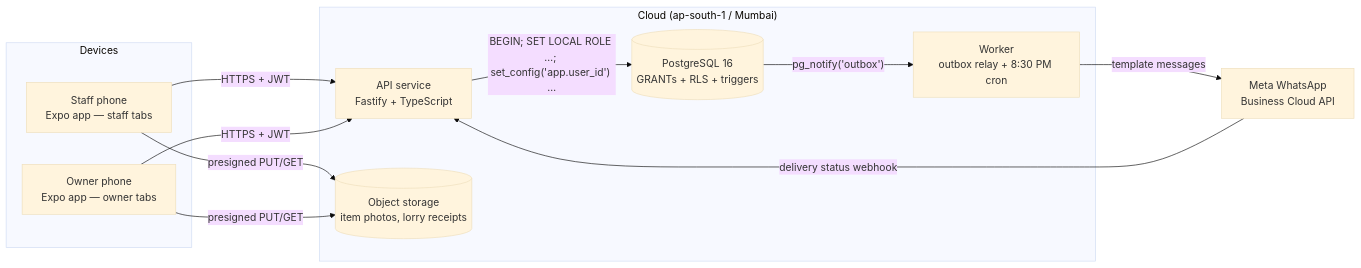
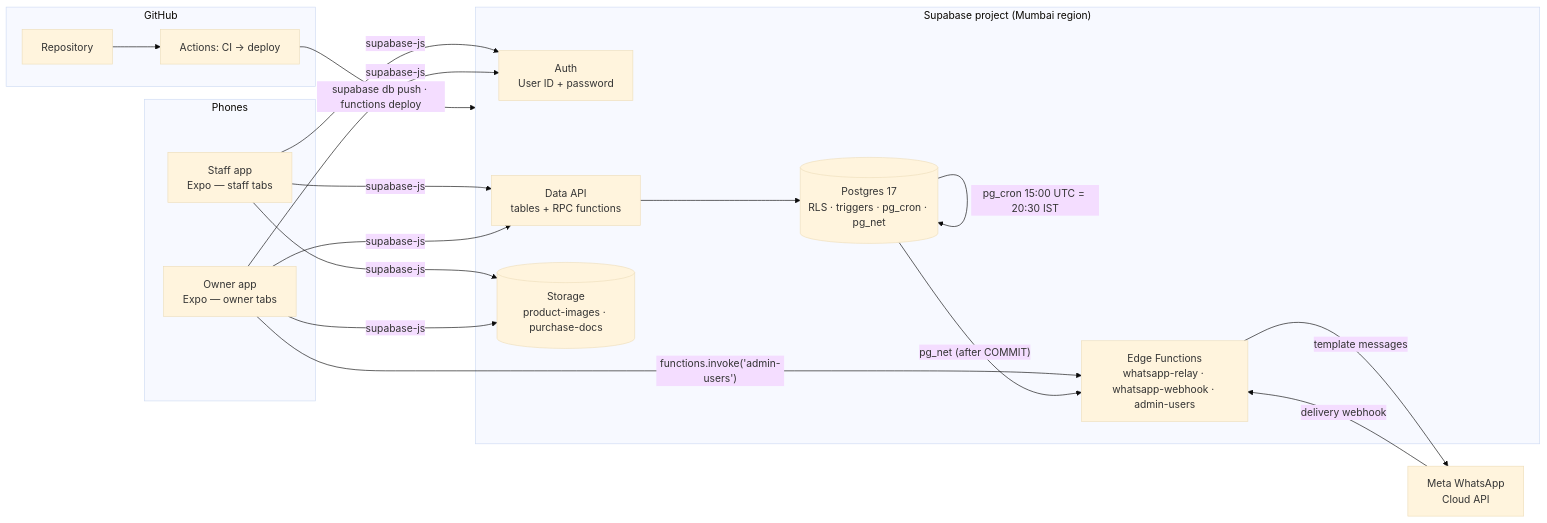
Before and after one commit to avt007-debug/wh-reg: the first of 2 diagrams in docs/ARCHITECTURE.md, drawn with Mermaid (base theme). The commit also changed other lines of this file and 80 other files, not shown here.

First line of the commit message:
Move backend to Supabase (RPCs, Edge Functions, pg_cron) and add GitHub Actions CI/CD

````diff
--- a/docs/ARCHITECTURE.md
+++ b/docs/ARCHITECTURE.md
@@ -10,21 +16,27 @@
 ```mermaid
 flowchart LR
-  subgraph Devices
-    S[Staff phone<br/>Expo app — staff tabs]
-    O[Owner phone<br/>Expo app — owner tabs]
+  subgraph Phones
+    S[Staff app<br/>Expo — staff tabs]
+    O[Owner app<br/>Expo — owner tabs]
   end
-  subgraph Cloud["Cloud (ap-south-1 / Mumbai)"]
-    API[API service<br/>Fastify + TypeScript]
-    W[Worker<br/>outbox relay + 8:30 PM cron]
-    DB[(PostgreSQL 16<br/>GRANTs + RLS + triggers)]
-    S3[(Object storage<br/>item photos, lorry receipts)]
+  subgraph SB["Supabase project (Mumbai region)"]
+    AUTH[Auth<br/>User ID + password]
+    API[Data API<br/>tables + RPC functions]
+    DB[(Postgres 17<br/>RLS · triggers · pg_cron · pg_net)]
+    ST[(Storage<br/>product-images · purchase-docs)]
+    EF[Edge Functions<br/>whatsapp-relay · whatsapp-webhook · admin-users]
   end
-  META[Meta WhatsApp<br/>Business Cloud API]
+  subgraph GH[GitHub]
+    REPO[Repository] --> CI[Actions: CI → deploy]
+  end
+  META[Meta WhatsApp<br/>Cloud API]
 
-  S & O -- HTTPS + JWT --> API
-  S & O -- presigned PUT/GET --> S3
-  API -- "BEGIN; SET LOCAL ROLE …; set_config('app.user_id') …" --> DB
-  DB -- "pg_notify('outbox')" --> W
-  W -- template messages --> META
-  META -- delivery status webhook --> API
+  S & O -- supabase-js --> AUTH & API & ST
+  O -- "functions.invoke('admin-users')" --> EF
+  API --> DB
+  DB -- "pg_net (after COMMIT)" --> EF
+  DB -- "pg_cron 15:00 UTC = 20:30 IST" --> DB
+  EF -- template messages --> META
+  META -- delivery webhook --> EF
+  CI -- "supabase db push · functions deploy" --> SB
 ```
````
